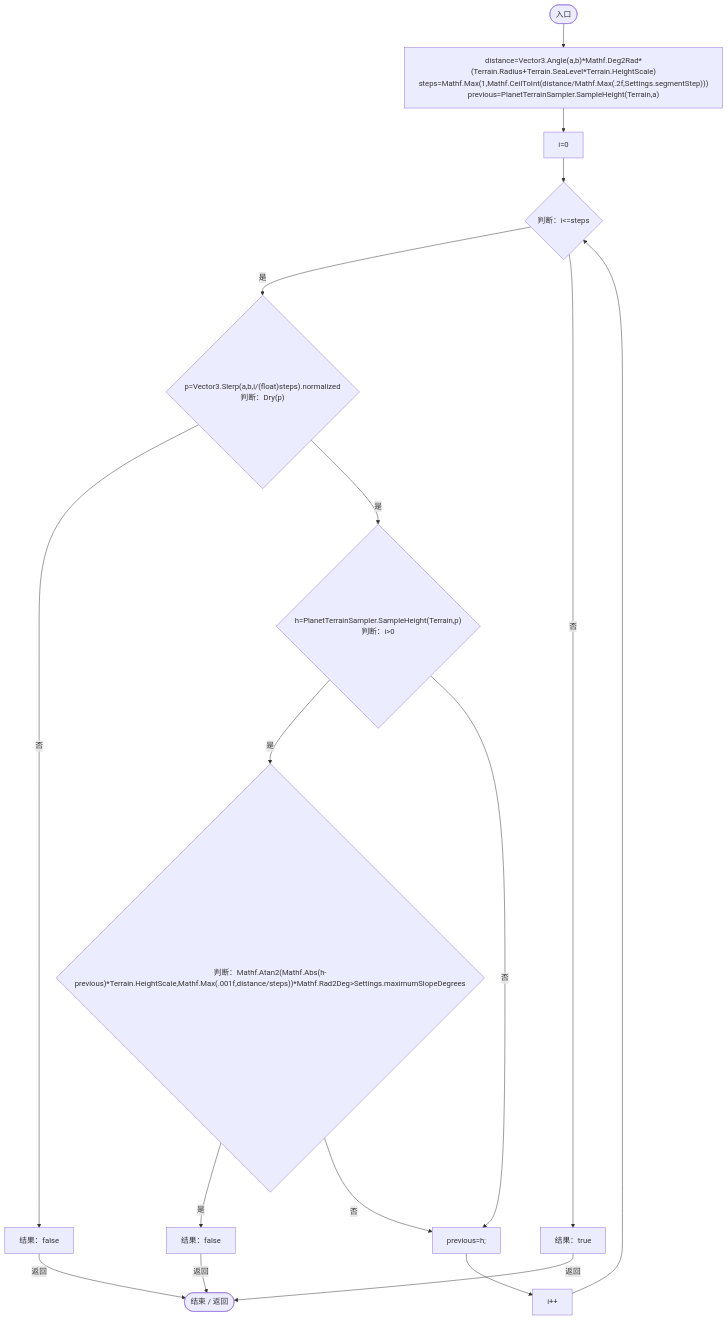
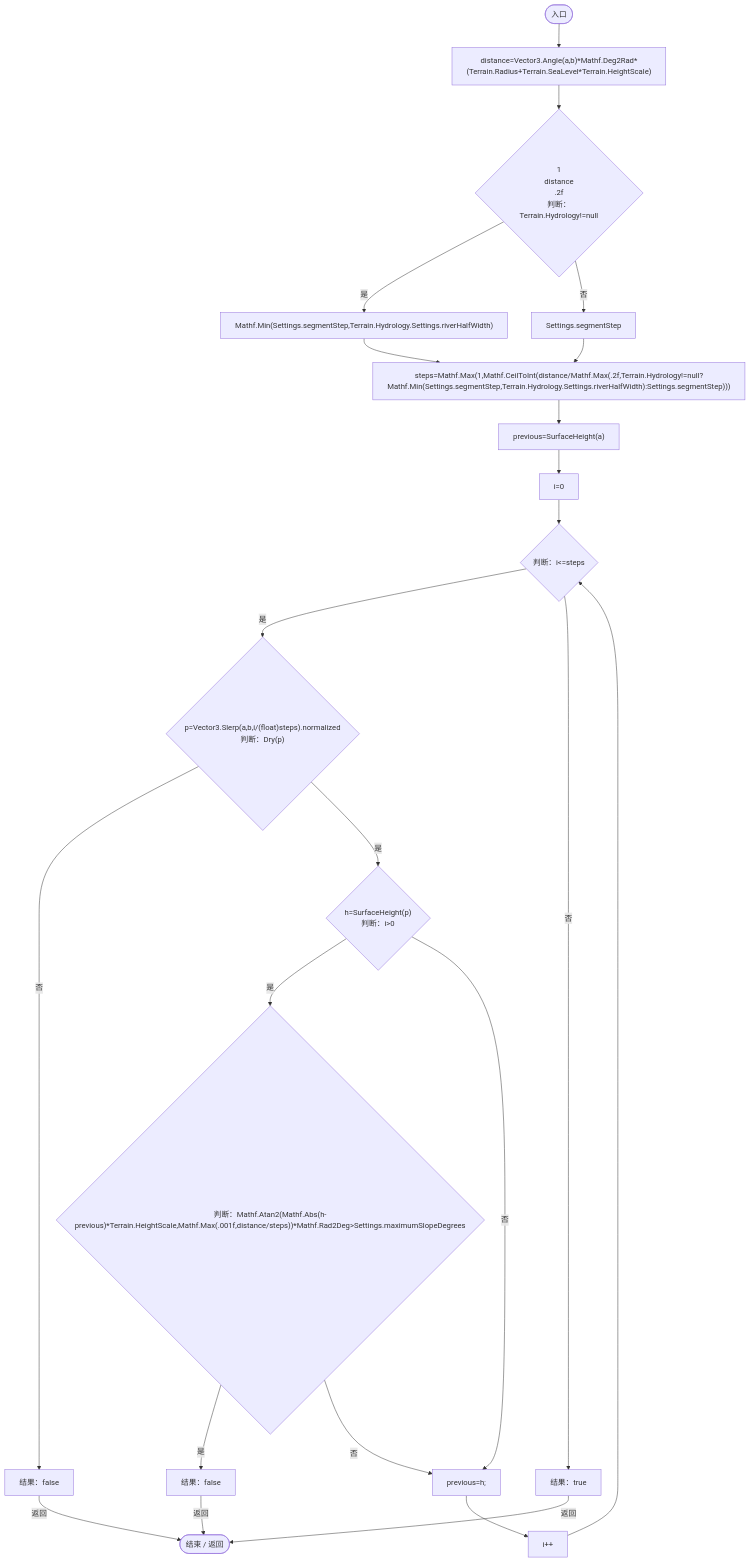
Before and after one commit to xhs6666/Darwin_paradise: the fourth of 9 diagrams in Docs/运行流程图/脚本/6f2590f045ea5d3f.md, drawn with Mermaid. The commit also changed other lines of this file and 150 other files, not shown here.

````diff
--- a/Docs/运行流程图/脚本/6f2590f045ea5d3f.md
+++ b/Docs/运行流程图/脚本/6f2590f045ea5d3f.md
@@ -167,33 +199,44 @@
 ```mermaid
 flowchart TD
   b0(["入口"])
-  b1["distance=Vector3.Angle(a,b)*Mathf.Deg2Rad*(Terrain.Radius+Terrain.SeaLevel*Terrain.HeightScale)<br/>steps=Mathf.Max(1,Mathf.CeilToInt(distance/Mathf.Max(.2f,Settings.segmentStep)))<br/>previous=PlanetTerrainSampler.SampleHeight(Terrain,a)"]
-  b2["i=0"]
-  b3{"判断：i&lt;=steps"}
-  b4{"p=Vector3.Slerp(a,b,i/(float)steps).normalized<br/>判断：Dry(p)"}
-  b5["结果：false"]
-  b6{"h=PlanetTerrainSampler.SampleHeight(Terrain,p)<br/>判断：i&gt;0"}
-  b7{"判断：Mathf.Atan2(Mathf.Abs(h-previous)*Terrain.HeightScale,Mathf.Max(.001f,distance/steps))*Mathf.Rad2Deg&gt;Settings.maximumSlopeDegrees"}
-  b8["结果：false"]
-  b9["previous=h;"]
-  b10["i++"]
-  b11["结果：true"]
-  b12(["结束 / 返回"])
+  b1["distance=Vector3.Angle(a,b)*Mathf.Deg2Rad*(Terrain.Radius+Terrain.SeaLevel*Terrain.HeightScale)"]
+  b2{"1<br/>distance<br/>.2f<br/>判断：Terrain.Hydrology!=null"}
+  b3["Mathf.Min(Settings.segmentStep,Terrain.Hydrology.Settings.riverHalfWidth)"]
+  b4["Settings.segmentStep"]
+  b5["steps=Mathf.Max(1,Mathf.CeilToInt(distance/Mathf.Max(.2f,Terrain.Hydrology!=null?Mathf.Min(Settings.segmentStep,Terrain.Hydrology.Settings.riverHalfWidth):Settings.segmentStep)))"]
+  b6["previous=SurfaceHeight(a)"]
+  b7["i=0"]
+  b8{"判断：i&lt;=steps"}
+  b9{"p=Vector3.Slerp(a,b,i/(float)steps).normalized<br/>判断：Dry(p)"}
+  b10["结果：false"]
+  b11{"h=SurfaceHeight(p)<br/>判断：i&gt;0"}
+  b12{"判断：Mathf.Atan2(Mathf.Abs(h-previous)*Terrain.HeightScale,Mathf.Max(.001f,distance/steps))*Mathf.Rad2Deg&gt;Settings.maximumSlopeDegrees"}
+  b13["结果：false"]
+  b14["previous=h;"]
+  b15["i++"]
+  b16["结果：true"]
+  b17(["结束 / 返回"])
   b0 --> b1
   b1 --> b2
-  b2 --> b3
-  b3 -->|"是"| b4
-  b3 -->|"否"| b11
-  b4 -->|"否"| b5
-  b4 -->|"是"| b6
-  b5 -->|"返回"| b12
-  b6 -->|"是"| b7
-  b6 -->|"否"| b9
-  b7 -->|"是"| b8
-  b7 -->|"否"| b9
-  b8 -->|"返回"| b12
-  b9 --> b10
-  b10 --> b3
-  b11 -->|"返回"| b12
+  b2 -->|"是"| b3
+  b2 -->|"否"| b4
+  b3 --> b5
+  b4 --> b5
+  b5 --> b6
+  b6 --> b7
+  b7 --> b8
+  b8 -->|"是"| b9
+  b8 -->|"否"| b16
+  b9 -->|"否"| b10
+  b9 -->|"是"| b11
+  b10 -->|"返回"| b17
+  b11 -->|"是"| b12
+  b11 -->|"否"| b14
+  b12 -->|"是"| b13
+  b12 -->|"否"| b14
+  b13 -->|"返回"| b17
+  b14 --> b15
+  b15 --> b8
+  b16 -->|"返回"| b17
 
 ```
````
